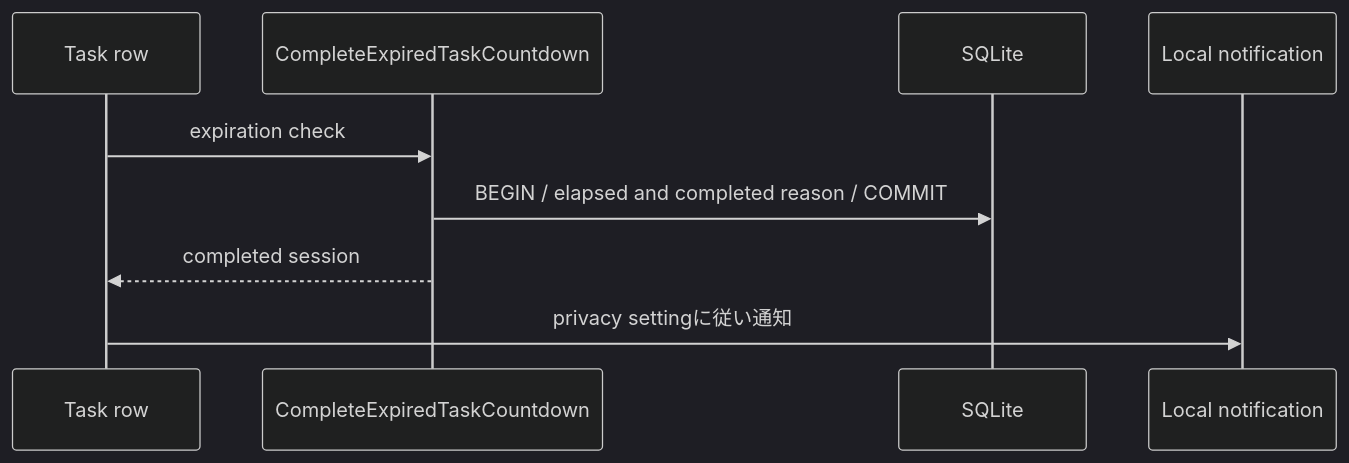
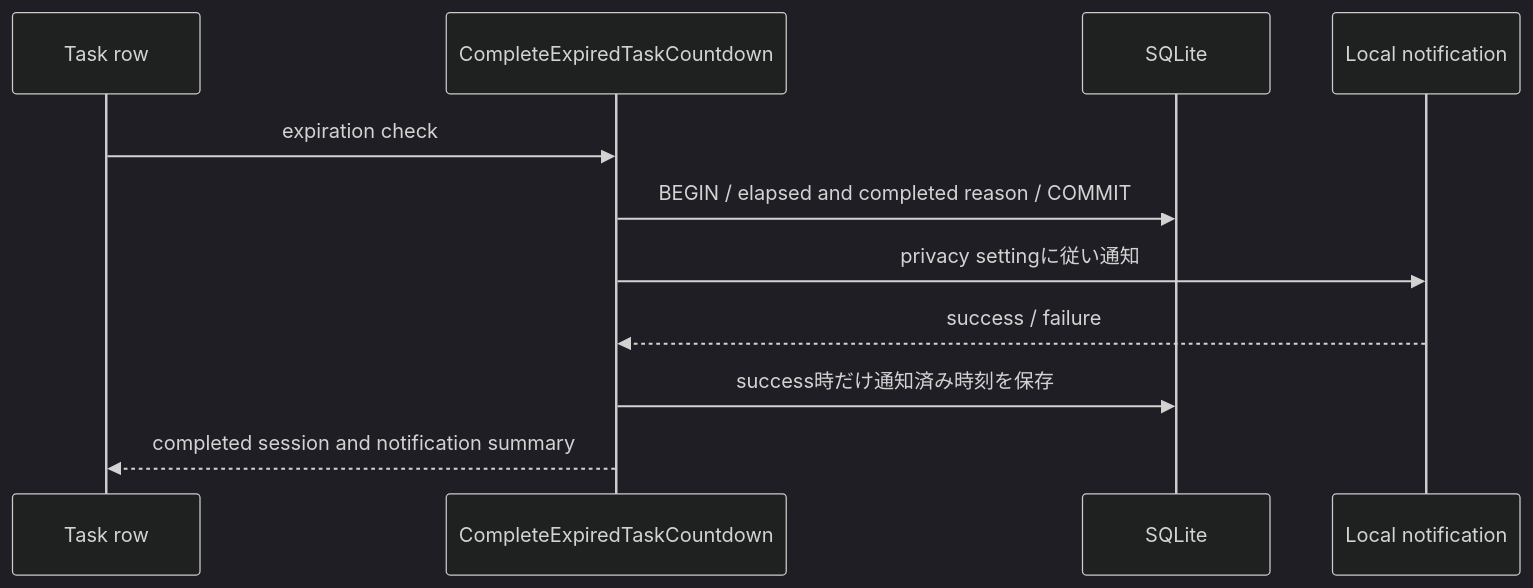
The diagram in docs/issues/058-task-countdown-timer.md (yt-hsgw/TaskTimer), drawn with Mermaid (dark theme) before and after one commit. The commit also changed other lines of this file and 21 other files, not shown here.

````diff
--- a/docs/issues/058-task-countdown-timer.md
+++ b/docs/issues/058-task-countdown-timer.md
@@ -31,12 +33,14 @@
 ```mermaid
 sequenceDiagram
   participant UI as Task row
   participant UC as CompleteExpiredTaskCountdown
   participant DB as SQLite
   participant OS as Local notification
 
   UI->>UC: expiration check
   UC->>DB: BEGIN / elapsed and completed reason / COMMIT
-  UC-->>UI: completed session
-  UI->>OS: privacy settingに従い通知
+  UC->>OS: privacy settingに従い通知
+  OS-->>UC: success / failure
+  UC->>DB: success時だけ通知済み時刻を保存
+  UC-->>UI: completed session and notification summary
 ```
````
